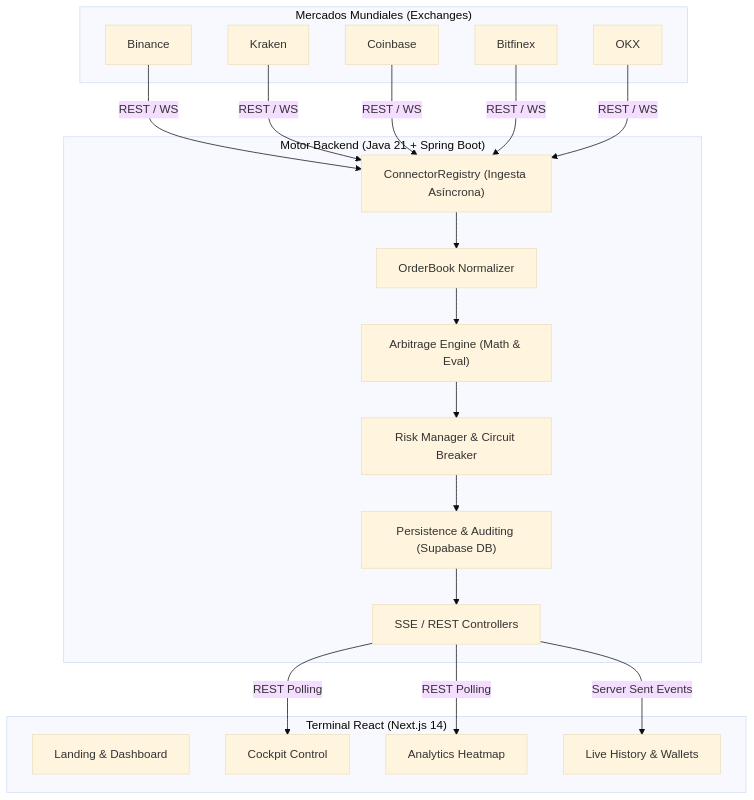
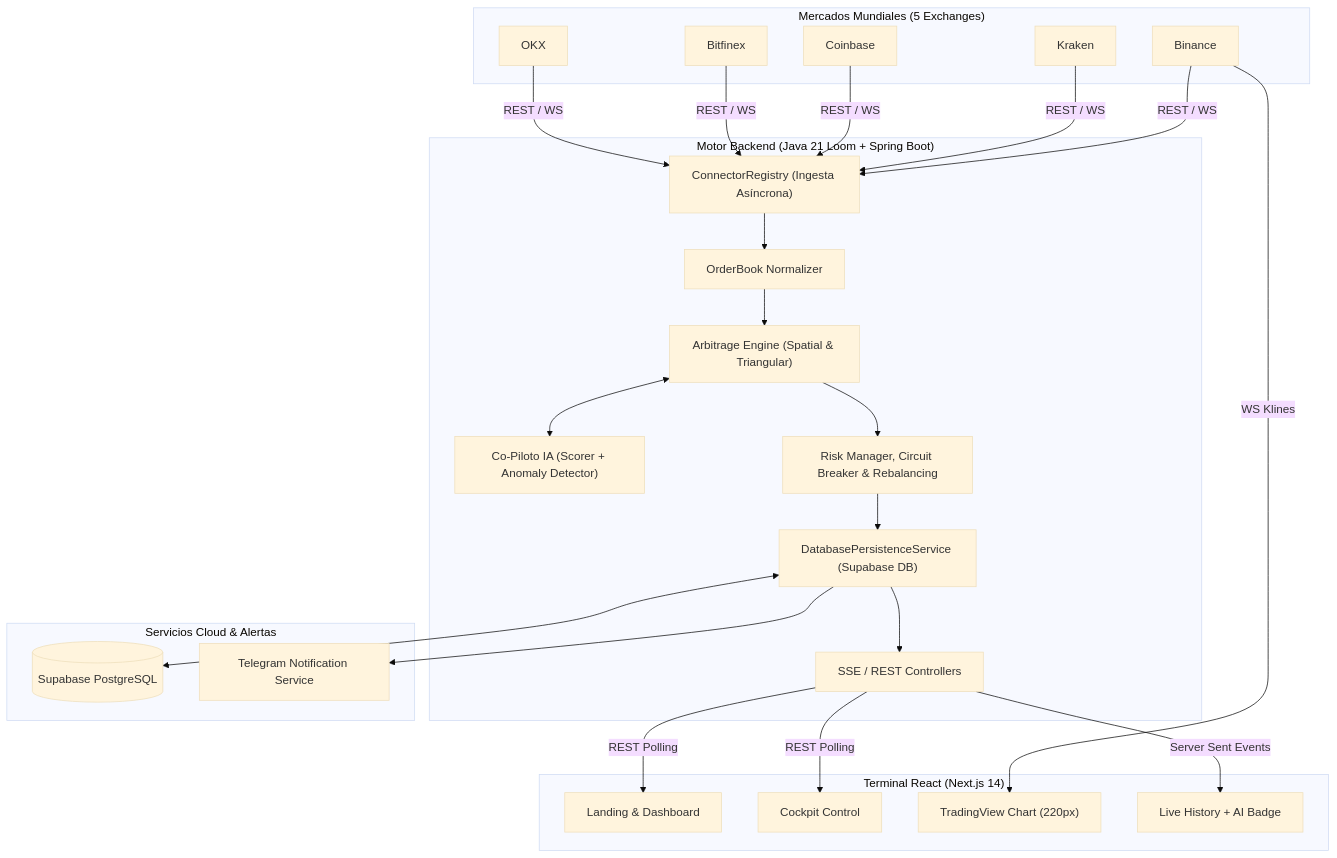
One commit to JaavRJ/coding-challenge-mexico changed the diagram in README.md. Above: the diagram before and after it, drawn with Mermaid (base theme). The commit also changed other lines of this file, not shown here.

````diff
--- a/README.md
+++ b/README.md
@@ -96,35 +72,45 @@
 ```mermaid
 flowchart TD
-    subgraph Mercados ["Mercados Mundiales (Exchanges)"]
+    subgraph Mercados ["Mercados Mundiales (5 Exchanges)"]
         B["Binance"]
         K["Kraken"]
         C["Coinbase"]
         F["Bitfinex"]
         O["OKX"]
     end
 
-    subgraph Backend ["Motor Backend (Java 21 + Spring Boot)"]
+    subgraph Backend ["Motor Backend (Java 21 Loom + Spring Boot)"]
         CR["ConnectorRegistry (Ingesta Asíncrona)"]
         ON["OrderBook Normalizer"]
-        AE["Arbitrage Engine (Math & Eval)"]
-        RM["Risk Manager & Circuit Breaker"]
-        PS["Persistence & Auditing (Supabase DB)"]
+        AE["Arbitrage Engine (Spatial & Triangular)"]
+        AI["Co-Piloto IA (Scorer + Anomaly Detector)"]
+        RM["Risk Manager, Circuit Breaker & Rebalancing"]
+        PS["DatabasePersistenceService (Supabase DB)"]
         SSE["SSE / REST Controllers"]
+    end
+
+    subgraph Cloud ["Servicios Cloud & Alertas"]
+        DB[(Supabase PostgreSQL)]
+        TG[Telegram Notification Service]
     end
 
     subgraph Frontend ["Terminal React (Next.js 14)"]
         UI["Landing & Dashboard"]
         CK["Cockpit Control"]
-        HM["Analytics Heatmap"]
-        LH["Live History & Wallets"]
+        CH["TradingView Chart (220px)"]
+        LH["Live History + AI Badge"]
     end
 
     B & K & C & F & O -- REST / WS --> CR
     CR --> ON
     ON --> AE
+    AE <--> AI
     AE --> RM
     RM --> PS
+    PS <--> DB
+    PS --> TG
     PS --> SSE
     SSE -- Server Sent Events --> LH
-    SSE -- REST Polling --> CK & HM
+    SSE -- REST Polling --> CK & UI
+    B -- WS Klines --> CH
 ```
````
